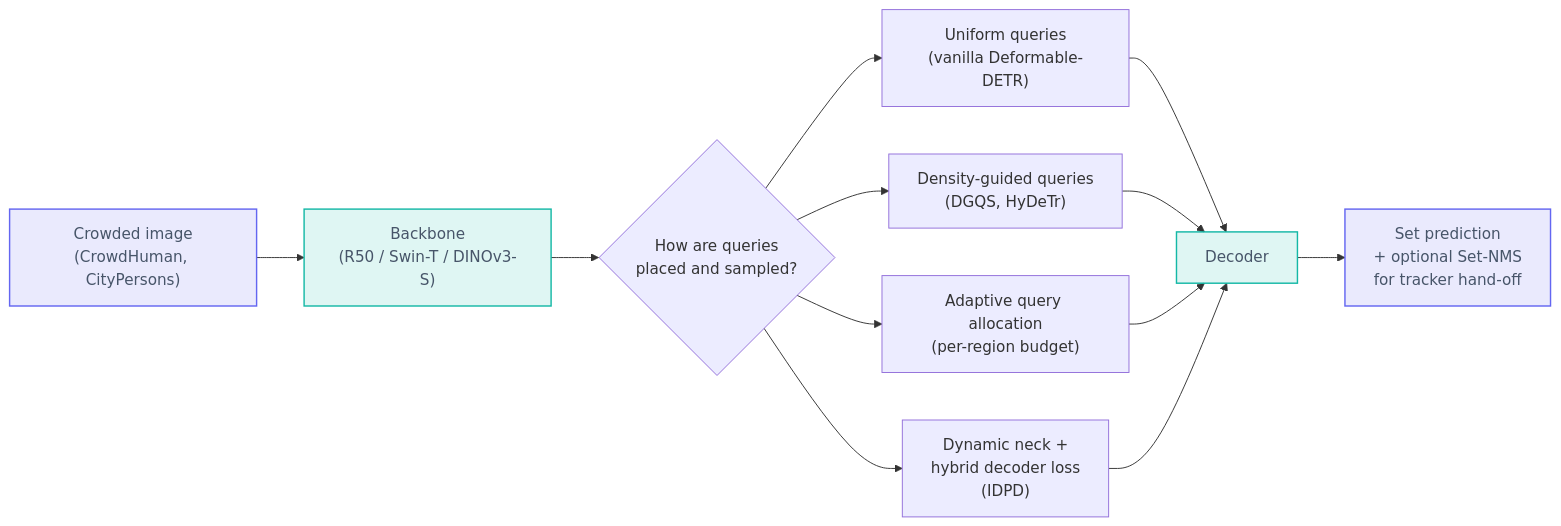
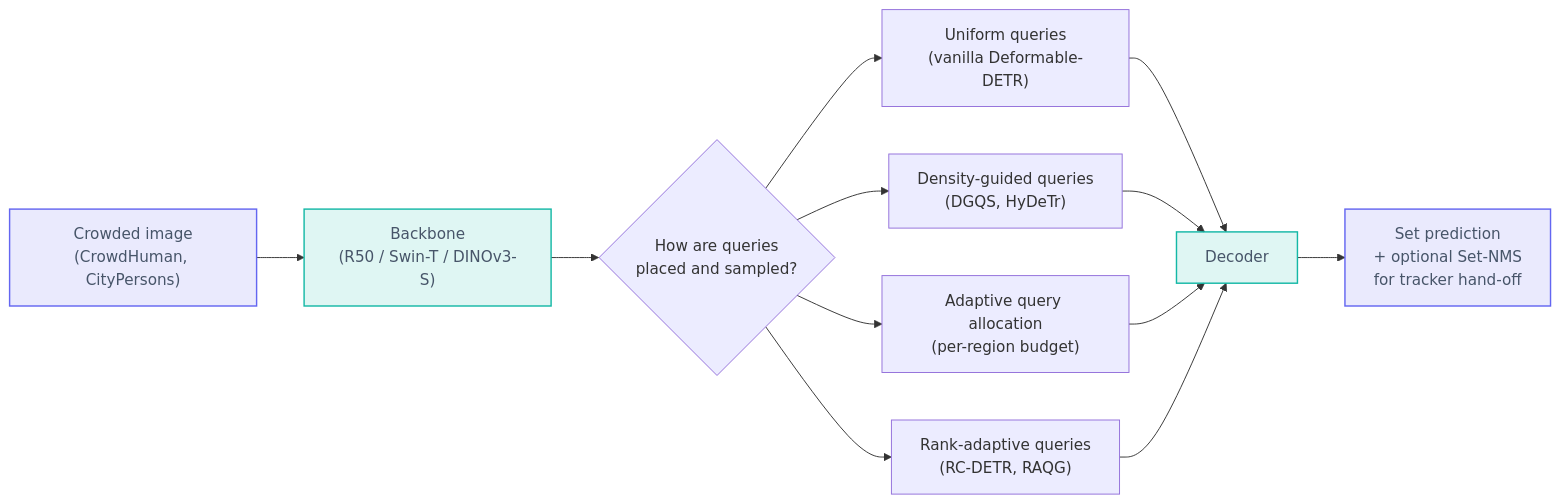
The fourth of 7 diagrams in 2026-Apr-30/2026-Apr-30_CV_updates.md (voyarchie/cv-updates), drawn with Mermaid before and after one commit. The commit also changed other lines of this file and 2 other files, not shown here.

````diff
--- a/2026-Apr-30/2026-Apr-30_CV_updates.md
+++ b/2026-Apr-30/2026-Apr-30_CV_updates.md
@@ -33,19 +159,19 @@
 ```mermaid
 flowchart LR
     A["Crowded image<br/>(CrowdHuman, CityPersons)"] --> B["Backbone<br/>(R50 / Swin-T / DINOv3-S)"]
     B --> C{"How are queries<br/>placed and sampled?"}
     C --> D1["Uniform queries<br/>(vanilla Deformable-DETR)"]
     C --> D2["Density-guided queries<br/>(DGQS, HyDeTr)"]
     C --> D3["Adaptive query allocation<br/>(per-region budget)"]
-    C --> D4["Dynamic neck +<br/>hybrid decoder loss<br/>(IDPD)"]
+    C --> D4["Rank-adaptive queries<br/>(RC-DETR, RAQG)"]
     D1 --> E[Decoder]
     D2 --> E
     D3 --> E
     D4 --> E
     E --> F["Set prediction<br/>+ optional Set-NMS<br/>for tracker hand-off"]
 
     classDef pin fill:#6366f122,stroke:#6366f1,stroke-width:1.5px,color:#475569;
     classDef hi  fill:#14b8a622,stroke:#14b8a6,stroke-width:1.5px,color:#475569;
     class A,F pin
     class B,E hi
 ```
````
